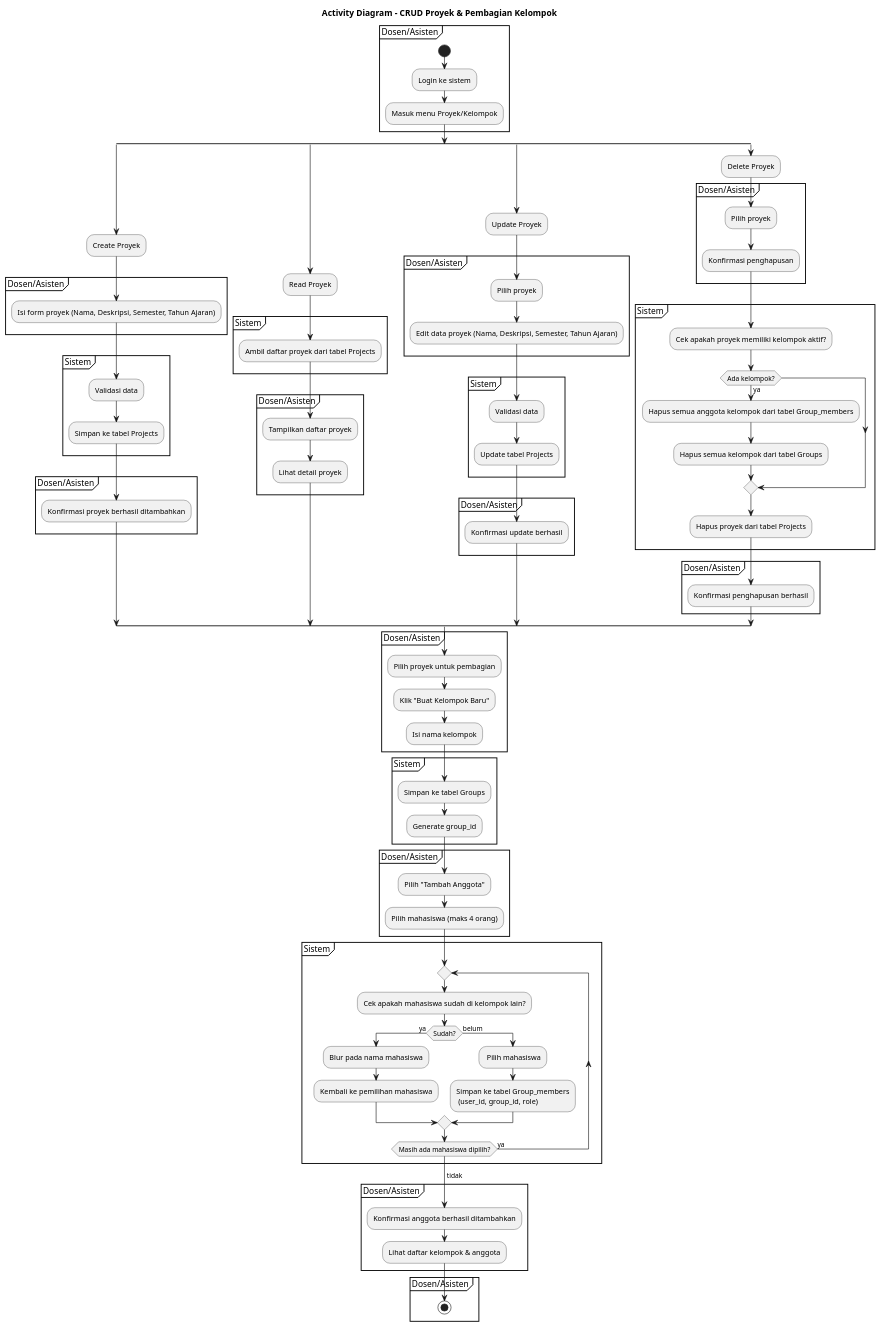
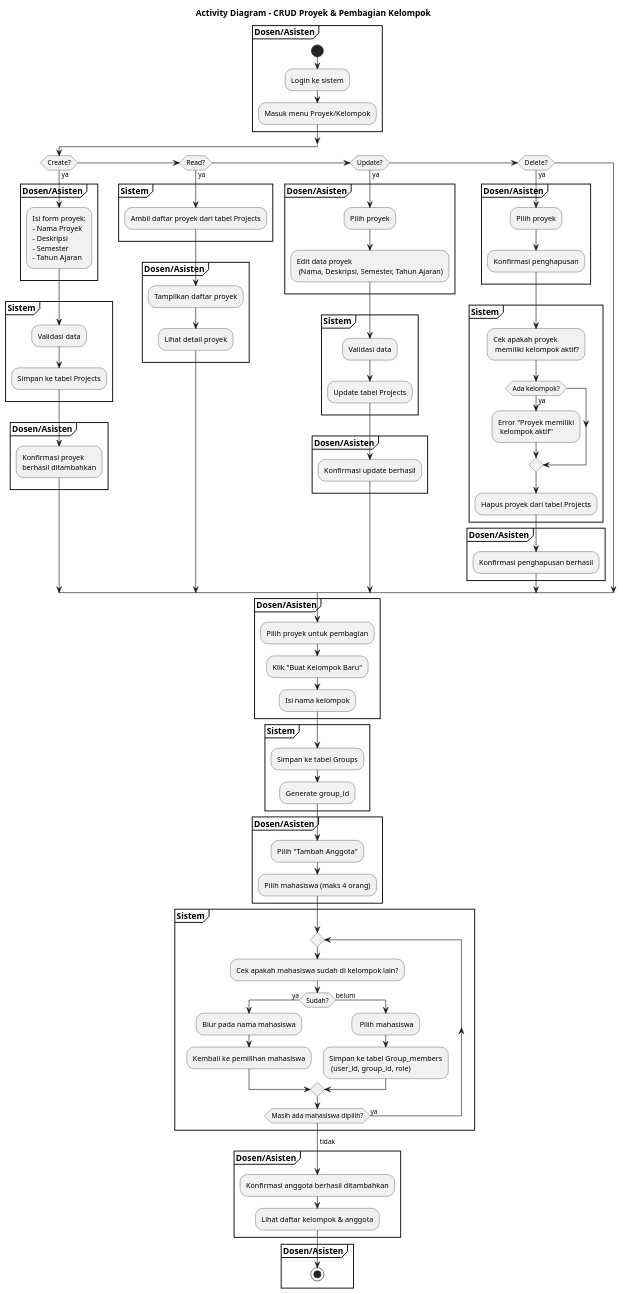
Before and after one commit to pikimen357/ActivityDiagramPAD: the diagram in CRUDGrp.puml, drawn with PlantUML. The commit also changed 1 other file, not shown here.

Commit message:
CRUD proyek

```diff
--- a/CRUDGrp.puml
+++ b/CRUDGrp.puml
@@ -1,101 +1,104 @@
 @startuml
 title Activity Diagram - CRUD Proyek & Pembagian Kelompok
 
-partition "Dosen/Asisten" {
+partition "<b>Dosen/Asisten</b>" {
   start
   :Login ke sistem;
   :Masuk menu Proyek/Kelompok;
 }
 
 ' === CRUD PROYEK Horizontal ===
 split
-  :Create Proyek;
-    partition "Dosen/Asisten" {
-        :Isi form proyek (Nama, Deskripsi, Semester, Tahun Ajaran);
-    }
-    partition "Sistem" {
-        :Validasi data;
-        :Simpan ke tabel Projects;
-    }
-    partition "Dosen/Asisten" {
-        :Konfirmasi proyek berhasil ditambahkan;
-    }
-split again
-  :Read Proyek;
-    partition "Sistem" {
-        :Ambil daftar proyek dari tabel Projects;
-    }
-    partition "Dosen/Asisten" {
-        :Tampilkan daftar proyek;
-        :Lihat detail proyek;
-    }
-split again
-  :Update Proyek;
-    partition "Dosen/Asisten" {
-        :Pilih proyek;
-        :Edit data proyek (Nama, Deskripsi, Semester, Tahun Ajaran);
-    }
-    partition "Sistem" {
-        :Validasi data;
-        :Update tabel Projects;
-    }
-    partition "Dosen/Asisten" {
-        :Konfirmasi update berhasil;
-    }
-split again
-  :Delete Proyek;
-    partition "Dosen/Asisten" {
-        :Pilih proyek;
-        :Konfirmasi penghapusan;
-    }
-    partition "Sistem" {
-        :Cek apakah proyek memiliki kelompok aktif?;
-        if (Ada kelompok?) then (ya)
-          :Hapus semua anggota kelompok dari tabel Group_members;
-          :Hapus semua kelompok dari tabel Groups;
-        endif
-        :Hapus proyek dari tabel Projects;
-    }
-    partition "Dosen/Asisten" {
-        :Konfirmasi penghapusan berhasil;
-    }
+    if (Create?) then (ya)
+        partition "<b>Dosen/Asisten</b>" {
+            :Isi form proyek:
+            - Nama Proyek
+            - Deskripsi
+            - Semester
+            - Tahun Ajaran;
+        }
+        partition "<b>Sistem</b>" {
+            :Validasi data;
+            :Simpan ke tabel Projects;
+        }
+        partition "<b>Dosen/Asisten</b>" {
+            :Konfirmasi proyek \nberhasil ditambahkan;
+        }
+    
+    elseif (Read?) then (ya)
+        partition "<b>Sistem</b>" {
+            :Ambil daftar proyek dari tabel Projects;
+        }
+        partition "<b>Dosen/Asisten</b>" {
+            :Tampilkan daftar proyek;
+            :Lihat detail proyek;
+        }
+ 
+    
+    elseif (Update?) then (ya)
 
-endsplit
+        partition "<b>Dosen/Asisten</b>" {
+            :Pilih proyek;
+            :Edit data proyek\n (Nama, Deskripsi, Semester, Tahun Ajaran);
+        }
+        partition "<b>Sistem</b>" {
+            :Validasi data;
+            :Update tabel Projects;
+        }
+        partition "<b>Dosen/Asisten</b>" {
+            :Konfirmasi update berhasil;
+        }
+    elseif (Delete?) then (ya)
+        partition "<b>Dosen/Asisten</b>" {
+            :Pilih proyek;
+            :Konfirmasi penghapusan;
+        }
+        partition "<b>Sistem</b>" {
+            :Cek apakah proyek\n memiliki kelompok aktif?;
+            if (Ada kelompok?) then (ya)
+            :Error "Proyek memiliki\n kelompok aktif";
+            endif
+            :Hapus proyek dari tabel Projects;
+        }
+        partition "<b>Dosen/Asisten</b>" {
+            :Konfirmasi penghapusan berhasil;
+        }
+endif
 
 
 ' === PEMBAGIAN KELOMPOK (Vertical Flow) ===
-partition "Dosen/Asisten" {
+partition "<b>Dosen/Asisten</b>" {
   :Pilih proyek untuk pembagian;
   :Klik "Buat Kelompok Baru";
   :Isi nama kelompok;
 }
-partition "Sistem" {
+partition "<b>Sistem</b>" {
   :Simpan ke tabel Groups;
   :Generate group_id;
 }
-partition "Dosen/Asisten" {
+partition "<b>Dosen/Asisten</b>" {
   :Pilih "Tambah Anggota";
   :Pilih mahasiswa (maks 4 orang);
 }
-partition "Sistem" {
+partition "<b>Sistem</b>" {
   repeat
     :Cek apakah mahasiswa sudah di kelompok lain?;
     if (Sudah?) then (ya)
       :Blur pada nama mahasiswa;
       :Kembali ke pemilihan mahasiswa;
     else (belum)
       : Pilih mahasiswa;
       :Simpan ke tabel Group_members\n (user_id, group_id, role);
     endif
   repeat while (Masih ada mahasiswa dipilih?) is (ya)
   -> tidak;
 }
-partition "Dosen/Asisten" {
+partition "<b>Dosen/Asisten</b>" {
   :Konfirmasi anggota berhasil ditambahkan;
   :Lihat daftar kelompok & anggota;
 }
 
-partition "Dosen/Asisten" {
+partition "<b>Dosen/Asisten</b>" {
   stop
 }
 @enduml
```
